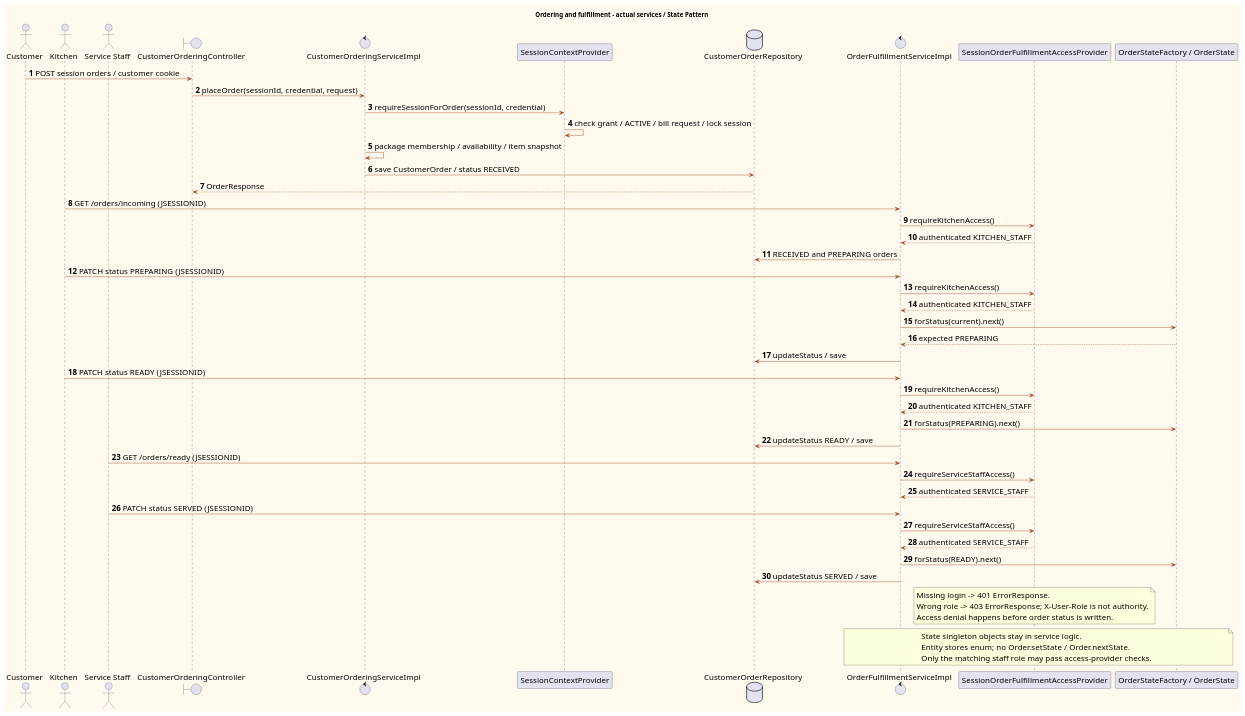
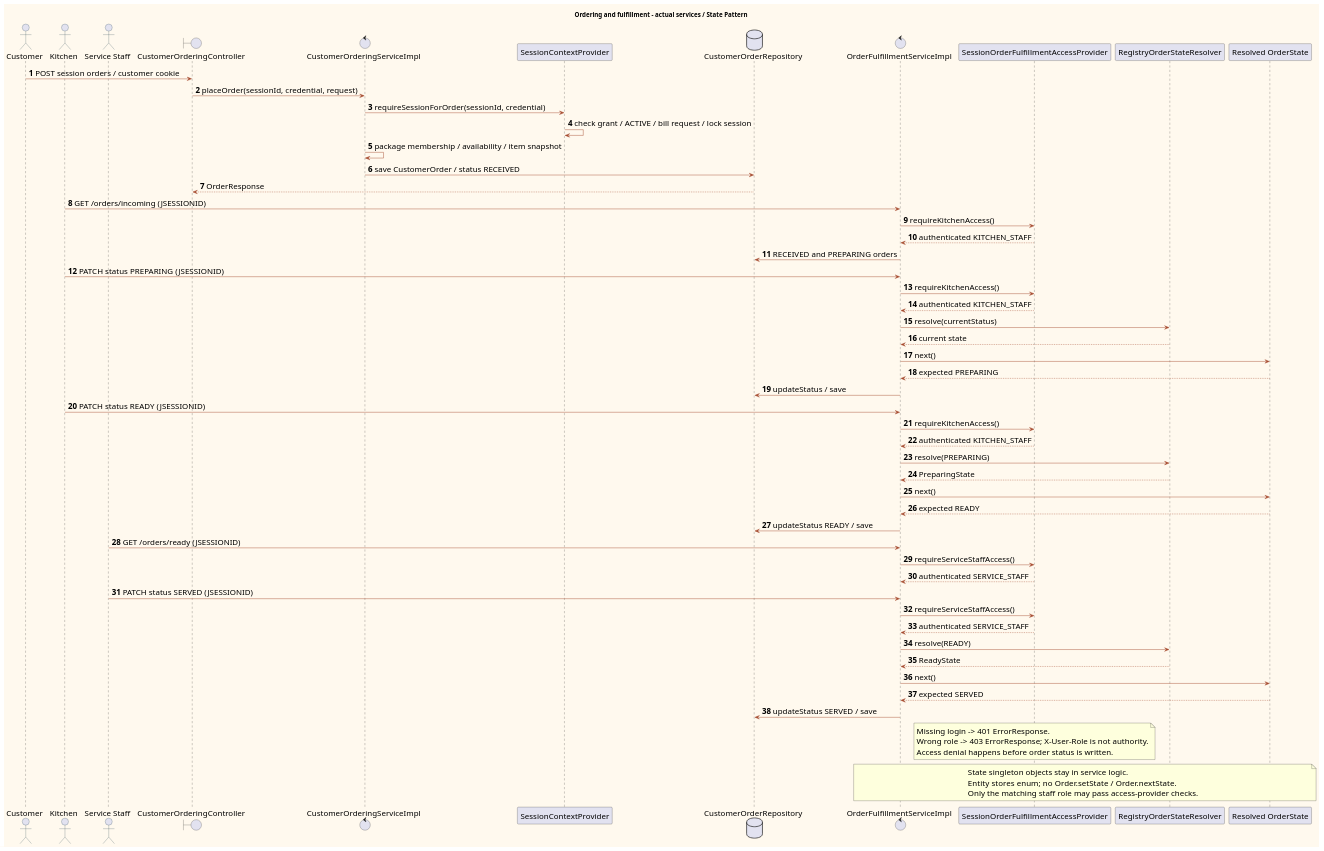
Before and after one commit to PavaritPramual/buffet-restaurant-management-system: the diagram in doc/diagrams/sequence-ordering-kitchen.puml, drawn with PlantUML. The commit also changed 19 other files, not shown here.

```diff
--- a/doc/diagrams/sequence-ordering-kitchen.puml
+++ b/doc/diagrams/sequence-ordering-kitchen.puml
@@ -1,66 +1,75 @@
 @startuml
 !pragma layout smetana
 skinparam shadowing false
 skinparam backgroundColor #FFF9EE
 skinparam defaultFontName Tahoma
 skinparam defaultFontSize 18
 skinparam classAttributeIconSize 0
 skinparam ArrowColor #A54A2E
 skinparam classBackgroundColor #FFF9EE
 skinparam classBorderColor #173A45
 skinparam actorBorderColor #173A45
 skinparam usecaseBackgroundColor #F2E6D4
 skinparam usecaseBorderColor #A54A2E
 title Ordering and fulfillment - actual services / State Pattern
 autonumber
 actor Customer
 actor Kitchen
 actor "Service Staff" as Staff
 boundary "CustomerOrderingController" as C
 control "CustomerOrderingServiceImpl" as S
 participant "SessionContextProvider" as P
 database "CustomerOrderRepository" as R
 control "OrderFulfillmentServiceImpl" as F
 participant "SessionOrderFulfillmentAccessProvider" as Access
-participant "OrderStateFactory / OrderState" as State
+participant "RegistryOrderStateResolver" as Resolver
+participant "Resolved OrderState" as State
 Customer -> C : POST session orders / customer cookie
 C -> S : placeOrder(sessionId, credential, request)
 S -> P : requireSessionForOrder(sessionId, credential)
 P -> P : check grant / ACTIVE / bill request / lock session
 S -> S : package membership / availability / item snapshot
 S -> R : save CustomerOrder / status RECEIVED
 R --> C : OrderResponse
 Kitchen -> F : GET /orders/incoming (JSESSIONID)
 F -> Access : requireKitchenAccess()
 Access --> F : authenticated KITCHEN_STAFF
 F -> R : RECEIVED and PREPARING orders
 Kitchen -> F : PATCH status PREPARING (JSESSIONID)
 F -> Access : requireKitchenAccess()
 Access --> F : authenticated KITCHEN_STAFF
-F -> State : forStatus(current).next()
+F -> Resolver : resolve(currentStatus)
+Resolver --> F : current state
+F -> State : next()
 State --> F : expected PREPARING
 F -> R : updateStatus / save
 Kitchen -> F : PATCH status READY (JSESSIONID)
 F -> Access : requireKitchenAccess()
 Access --> F : authenticated KITCHEN_STAFF
-F -> State : forStatus(PREPARING).next()
+F -> Resolver : resolve(PREPARING)
+Resolver --> F : PreparingState
+F -> State : next()
+State --> F : expected READY
 F -> R : updateStatus READY / save
 Staff -> F : GET /orders/ready (JSESSIONID)
 F -> Access : requireServiceStaffAccess()
 Access --> F : authenticated SERVICE_STAFF
 Staff -> F : PATCH status SERVED (JSESSIONID)
 F -> Access : requireServiceStaffAccess()
 Access --> F : authenticated SERVICE_STAFF
-F -> State : forStatus(READY).next()
+F -> Resolver : resolve(READY)
+Resolver --> F : ReadyState
+F -> State : next()
+State --> F : expected SERVED
 F -> R : updateStatus SERVED / save
 note over Access
 Missing login -> 401 ErrorResponse.
 Wrong role -> 403 ErrorResponse; X-User-Role is not authority.
 Access denial happens before order status is written.
 end note
 note over F,State
 State singleton objects stay in service logic.
 Entity stores enum; no Order.setState / Order.nextState.
 Only the matching staff role may pass access-provider checks.
 end note
 @enduml
```
